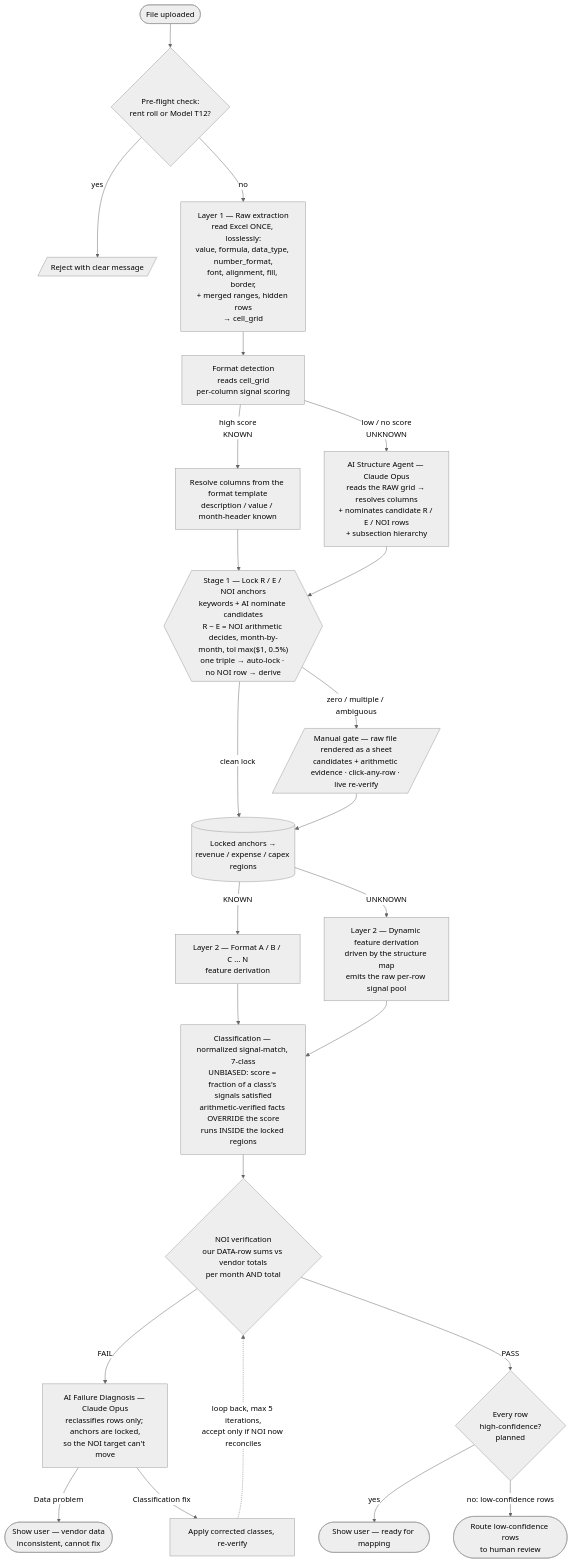
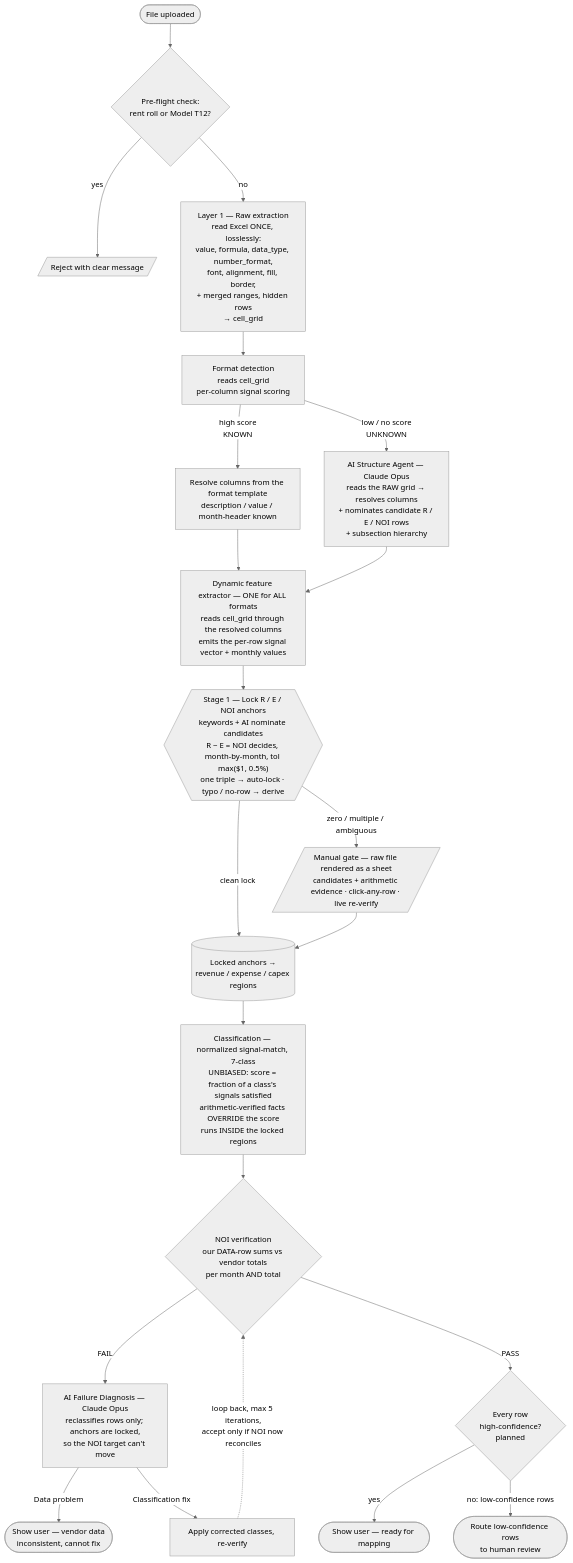
Before and after one commit to Eswar021/real-estate-deal-analysis-ai-pipeline: the diagram in app/t12_pipeline/docs/proposals/t12_parsing_proposal.md, drawn with Mermaid (neutral theme). The commit also changed other lines of this file, not shown here.

Commit message:
docs: unify extractor in the parsing diagram (one dynamic extractor)
- t12_parsing_proposal: columns → ONE dynamic extractor → anchor lock → classify
  (removed the per-format 'Format A/B/C' extractor boxes; known + unknown share the
  same dynamic extractor via a template/AI column map)
- rm docs/.DS_Store

````diff
--- a/app/t12_pipeline/docs/proposals/t12_parsing_proposal.md
+++ b/app/t12_pipeline/docs/proposals/t12_parsing_proposal.md
@@ -11,37 +11,35 @@
 ```mermaid
 flowchart TD
     Upload([File uploaded]) --> Preflight{Pre-flight check:<br/>rent roll or Model T12?}
     Preflight -->|yes| Reject[/Reject with clear message/]
     Preflight -->|no| Raw[Layer 1 — Raw extraction<br/>read Excel ONCE, losslessly:<br/>value, formula, data_type, number_format,<br/>font, alignment, fill, border,<br/>+ merged ranges, hidden rows<br/>→ cell_grid]
 
     Raw --> Detect[Format detection<br/>reads cell_grid<br/>per-column signal scoring]
 
     Detect -->|high score<br/>KNOWN| KCols[Resolve columns from the format template<br/>description / value / month-header known]
     Detect -->|low / no score<br/>UNKNOWN| AIStruct[AI Structure Agent — Claude Opus<br/>reads the RAW grid → resolves columns<br/>+ nominates candidate R / E / NOI rows<br/>+ subsection hierarchy]
 
-    KCols --> Anchor
-    AIStruct --> Anchor
+    KCols --> Extract
+    AIStruct --> Extract
 
-    Anchor{{"Stage 1 — Lock R / E / NOI anchors<br/>keywords + AI nominate candidates<br/>R − E = NOI arithmetic decides, month-by-month, tol max($1, 0.5%)<br/>one triple → auto-lock · no NOI row → derive"}}
+    Extract[Dynamic feature extractor — ONE for ALL formats<br/>reads cell_grid through the resolved columns<br/>emits the per-row signal vector + monthly values]
+    Extract --> Anchor
+
+    Anchor{{"Stage 1 — Lock R / E / NOI anchors<br/>keywords + AI nominate candidates<br/>R − E = NOI decides, month-by-month, tol max($1, 0.5%)<br/>one triple → auto-lock · typo / no-row → derive"}}
     Anchor -->|zero / multiple / ambiguous| Gate[/Manual gate — raw file rendered as a sheet<br/>candidates + arithmetic evidence · click-any-row · live re-verify/]
     Anchor -->|clean lock| Locked[(Locked anchors →<br/>revenue / expense / capex regions)]
     Gate --> Locked
 
-    Locked -->|KNOWN| EA[Layer 2 — Format A / B / C … N<br/>feature derivation]
-    Locked -->|UNKNOWN| ED[Layer 2 — Dynamic feature derivation<br/>driven by the structure map<br/>emits the raw per-row signal pool]
-
-    EA --> Classify
-    ED --> Classify
-
-    Classify[Classification — normalized signal-match, 7-class<br/>UNBIASED: score = fraction of a class's signals satisfied<br/>arithmetic-verified facts OVERRIDE the score<br/>runs INSIDE the locked regions] --> NOI{NOI verification<br/>our DATA-row sums vs vendor totals<br/>per month AND total}
+    Locked --> Classify[Classification — normalized signal-match, 7-class<br/>UNBIASED: score = fraction of a class's signals satisfied<br/>arithmetic-verified facts OVERRIDE the score<br/>runs INSIDE the locked regions]
+    Classify --> NOI{NOI verification<br/>our DATA-row sums vs vendor totals<br/>per month AND total}
 
     NOI -->|FAIL| Diagnose[AI Failure Diagnosis — Claude Opus<br/>reclassifies rows only; anchors are locked,<br/>so the NOI target can't move]
     NOI -->|PASS| Conf{Every row<br/>high-confidence?<br/>planned}
 
     Conf -->|yes| Success([Show user — ready for mapping])
     Conf -->|no: low-confidence rows| Review([Route low-confidence rows<br/>to human review])
 
     Diagnose -->|Data problem| ShowData([Show user — vendor data<br/>inconsistent, cannot fix])
     Diagnose -->|Classification fix| ApplyFix[Apply corrected classes, re-verify]
     ApplyFix -.->|loop back, max 5 iterations,<br/>accept only if NOI now reconciles| NOI
 ```
````
